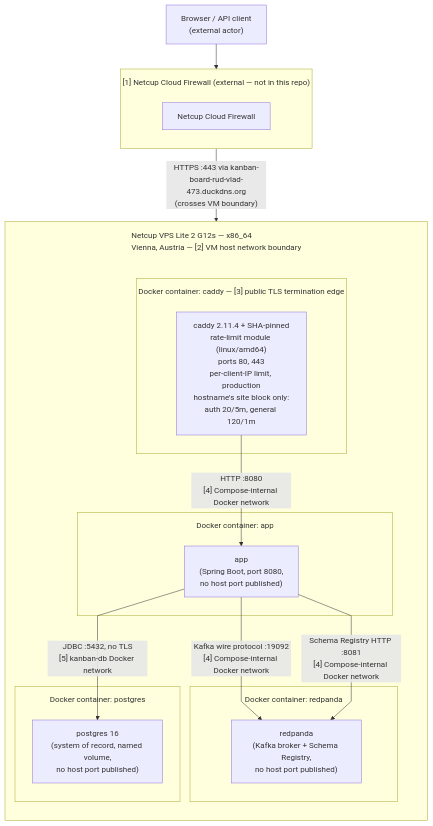
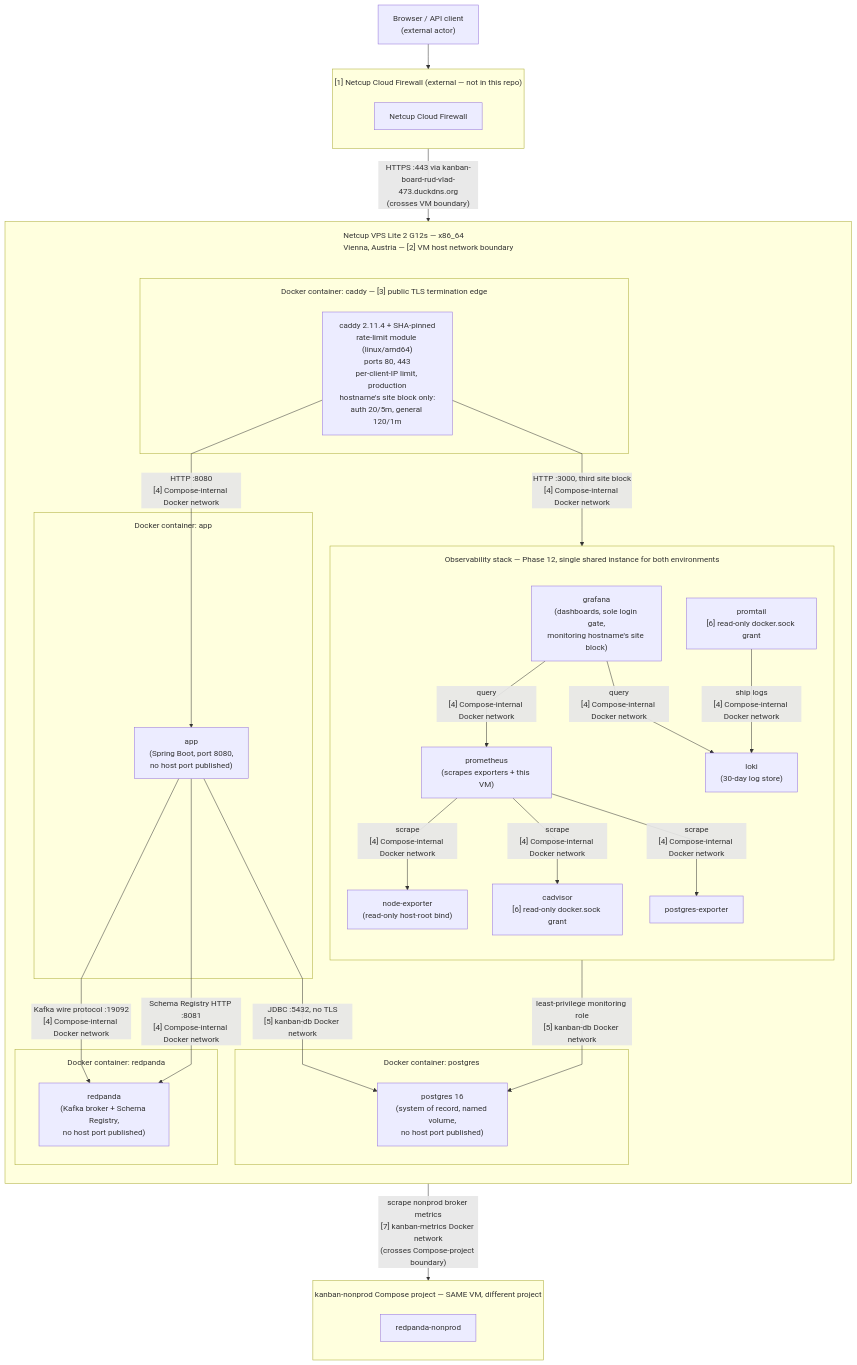
Before and after one commit to RudVlad473/kanban-board-backend: the diagram in docs/diagrams/infra-physical-deployment.mmd, drawn with Mermaid. The commit also changed 4 other files, not shown here.

First line of the commit message:
docs(12-06): correct architecture doc and diagram for the observability stack, close 2 todos

```diff
--- a/docs/diagrams/infra-physical-deployment.mmd
+++ b/docs/diagrams/infra-physical-deployment.mmd
@@ -1,38 +1,62 @@
 %%{init: {"flowchart": {"subGraphTitleMargin": {"top": 15, "bottom": 15}, "curve": "linear"}}}%%
 flowchart TB
     client["Browser / API client<br/>(external actor)"]
 
     subgraph netcup_edge["[1] Netcup Cloud Firewall (external — not in this repo)"]
         direction TB
         netcup_fw["Netcup Cloud Firewall"]
     end
 
     subgraph netcup["Netcup VPS Lite 2 G12s — x86_64<br/>Vienna, Austria — [2] VM host network boundary"]
         direction TB
 
         netcup_spacer[" "]
         style netcup_spacer height:1px,fill:none,stroke:none
 
         subgraph caddy_box["Docker container: caddy — [3] public TLS termination edge"]
             caddy["caddy 2.11.4 + SHA-pinned<br/>rate-limit module (linux/amd64)<br/>ports 80, 443<br/>per-client-IP limit, production<br/>hostname's site block only:<br/>auth 20/5m, general 120/1m"]
         end
         netcup_spacer ~~~ caddy_box
         subgraph app_box["Docker container: app"]
             app["app<br/>(Spring Boot, port 8080,<br/>no host port published)"]
         end
         subgraph redpanda_box["Docker container: redpanda"]
             redpanda["redpanda<br/>(Kafka broker + Schema Registry,<br/>no host port published)"]
         end
         subgraph postgres_box["Docker container: postgres"]
             postgres["postgres 16<br/>(system of record, named volume,<br/>no host port published)"]
         end
 
+        subgraph obs_box["Observability stack — Phase 12, single shared instance for both environments"]
+            direction TB
+            prometheus["prometheus<br/>(scrapes exporters + this VM)"]
+            grafana["grafana<br/>(dashboards, sole login gate,<br/>monitoring hostname's site block)"]
+            loki["loki<br/>(30-day log store)"]
+            promtail["promtail<br/>[6] read-only docker.sock grant"]
+            cadvisor["cadvisor<br/>[6] read-only docker.sock grant"]
+            node_exp["node-exporter<br/>(read-only host-root bind)"]
+            pg_exp["postgres-exporter"]
+        end
+
         caddy -- "HTTP :8080<br/>[4] Compose-internal Docker network" --> app
+        caddy -- "HTTP :3000, third site block<br/>[4] Compose-internal Docker network" --> grafana
         app -- "Kafka wire protocol :19092<br/>[4] Compose-internal Docker network" --> redpanda
         app -- "Schema Registry HTTP :8081<br/>[4] Compose-internal Docker network" --> redpanda
         app -- "JDBC :5432, no TLS<br/>[5] kanban-db Docker network" --> postgres
+        prometheus -- "scrape<br/>[4] Compose-internal Docker network" --> node_exp
+        prometheus -- "scrape<br/>[4] Compose-internal Docker network" --> cadvisor
+        prometheus -- "scrape<br/>[4] Compose-internal Docker network" --> pg_exp
+        pg_exp -- "least-privilege monitoring role<br/>[5] kanban-db Docker network" --> postgres
+        promtail -- "ship logs<br/>[4] Compose-internal Docker network" --> loki
+        grafana -- "query<br/>[4] Compose-internal Docker network" --> prometheus
+        grafana -- "query<br/>[4] Compose-internal Docker network" --> loki
     end
 
+    subgraph nonprod_box["kanban-nonprod Compose project — SAME VM, different project"]
+        direction TB
+        redpanda_nonprod["redpanda-nonprod"]
+    end
+    prometheus -- "scrape nonprod broker metrics<br/>[7] kanban-metrics Docker network<br/>(crosses Compose-project boundary)" --> redpanda_nonprod
 
     client --> netcup_fw
     netcup_fw -- "HTTPS :443 via kanban-board-rud-vlad-473.duckdns.org<br/>(crosses VM boundary)" --> caddy
```
